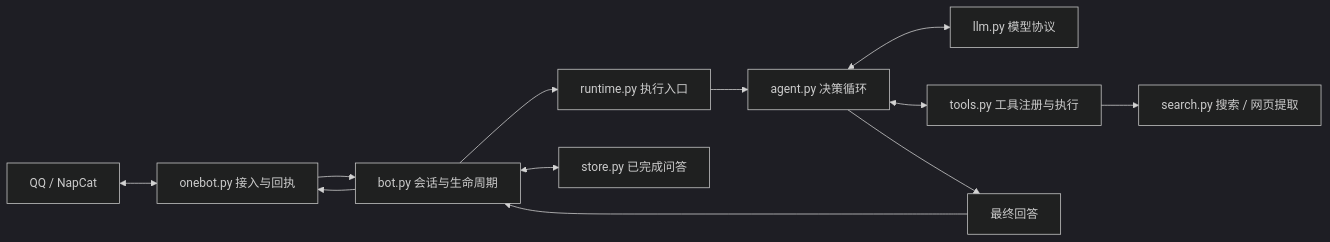
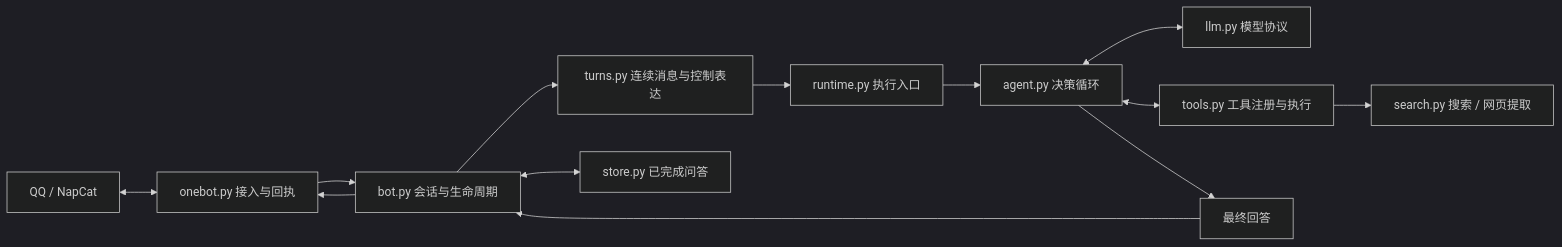
The diagram in docs/architecture.md (firefly-of-sky/QQ_bot_firefly), drawn with Mermaid (dark theme) before and after one commit. The commit also changed other lines of this file and 12 other files, not shown here.

````diff
--- a/docs/architecture.md
+++ b/docs/architecture.md
@@ -5,14 +5,15 @@
 ```mermaid
 flowchart LR
     QQ[QQ / NapCat] <--> Transport[onebot.py 接入与回执]
     Transport --> Session[bot.py 会话与生命周期]
-    Session --> Runtime[runtime.py 执行入口]
+    Session --> Turns[turns.py 连续消息与控制表达]
+    Turns --> Runtime[runtime.py 执行入口]
     Runtime --> Agent[agent.py 决策循环]
     Agent <--> Model[llm.py 模型协议]
     Agent <--> Tools[tools.py 工具注册与执行]
     Tools --> Search[search.py 搜索 / 网页提取]
     Agent --> Final[最终回答]
     Final --> Session
     Session --> Transport
     Session <--> Store[store.py 已完成问答]
 ```
````
